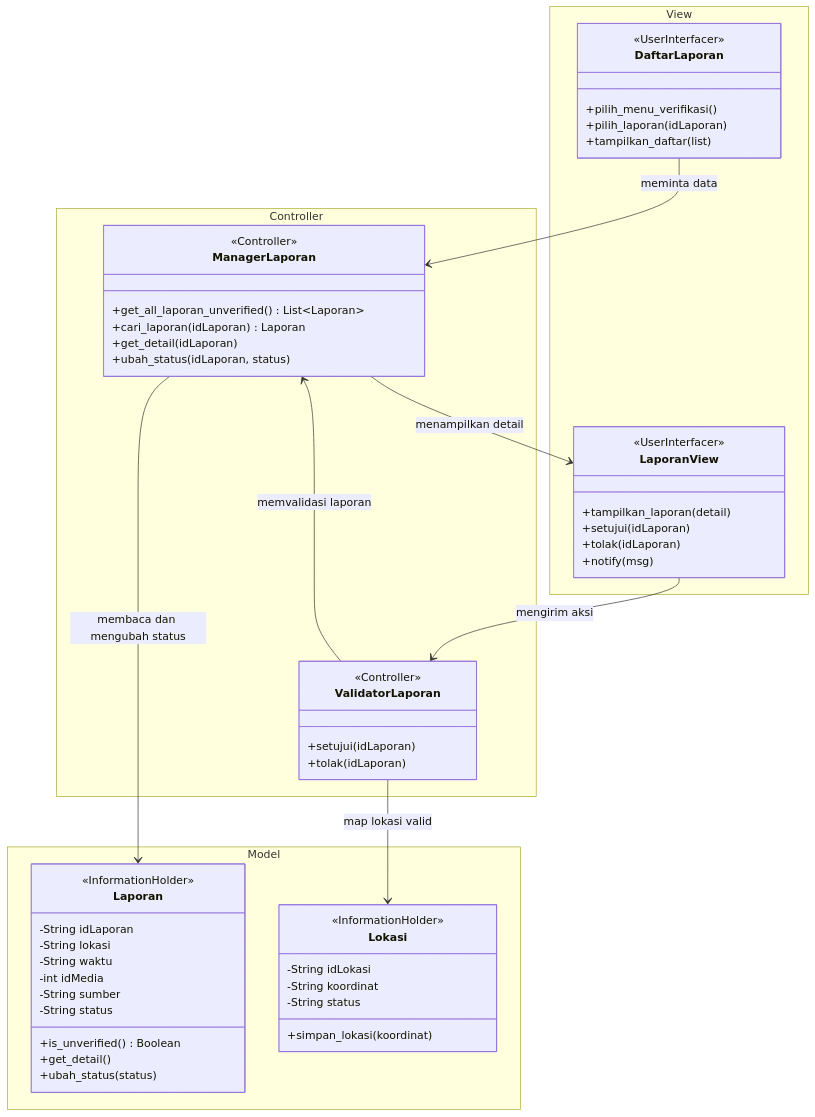
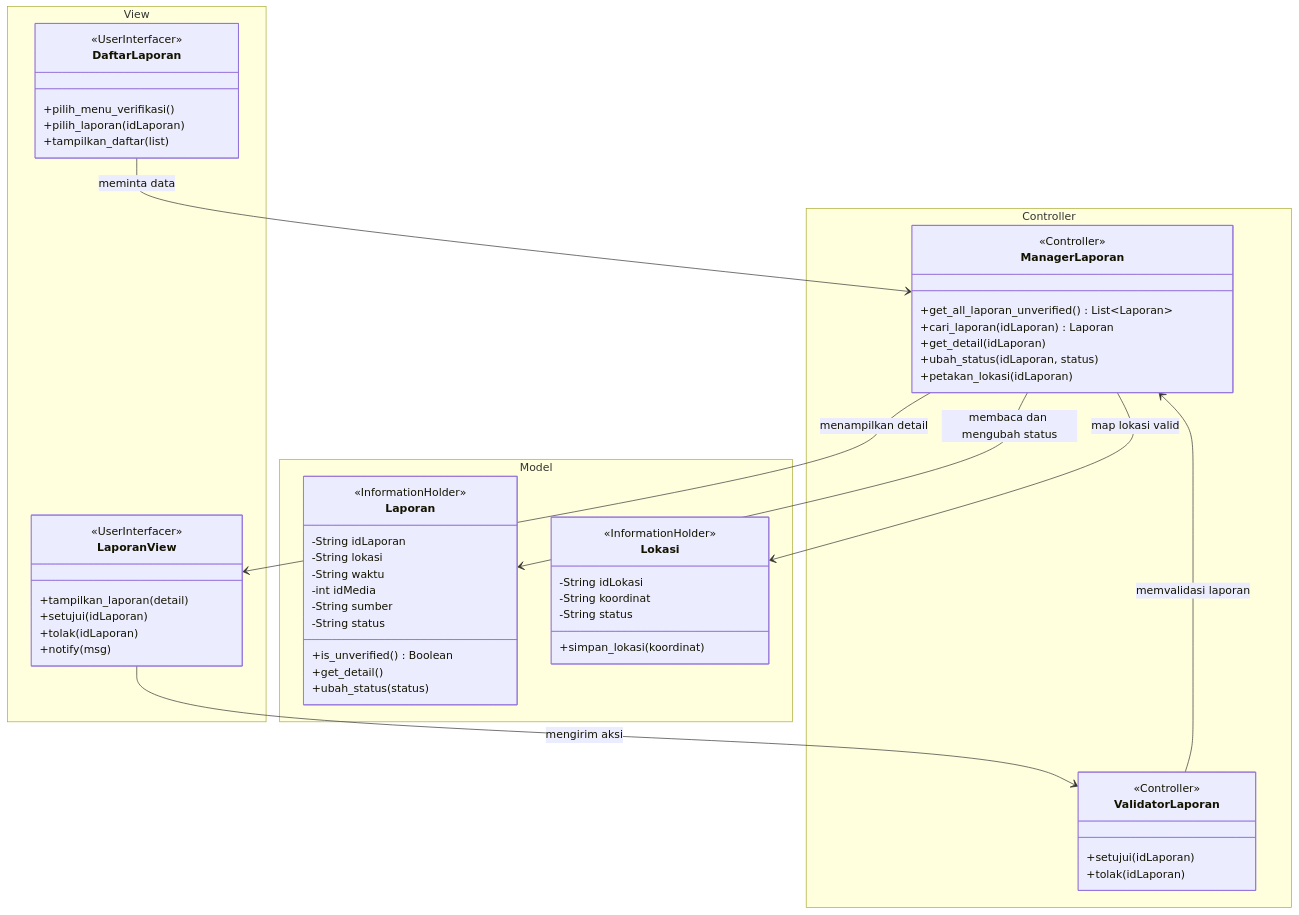
Before and after one commit to star-scripter/IF2150-RPL-K03-G02: diagram 12 of 29 in docs/M8/K03_G02_DPPL2.md, drawn with Mermaid. The commit also changed other lines of this file, not shown here.

Commit message:
fix: pemetaan lokasi pindah ke managerlaporan

````diff
--- a/docs/M8/K03_G02_DPPL2.md
+++ b/docs/M8/K03_G02_DPPL2.md
@@ -720,62 +729,63 @@
 ```mermaid
 classDiagram
     namespace View {
         class DaftarLaporan {
             <<UserInterfacer>>
             +pilih_menu_verifikasi()
             +pilih_laporan(idLaporan)
             +tampilkan_daftar(list)
         }
         class LaporanView {
             <<UserInterfacer>>
             +tampilkan_laporan(detail)
             +setujui(idLaporan)
             +tolak(idLaporan)
             +notify(msg)
         }
     }
     
     namespace Controller {
         class ValidatorLaporan {
             <<Controller>>
             +setujui(idLaporan)
             +tolak(idLaporan)
         }
         class ManagerLaporan {
             <<Controller>>
             +get_all_laporan_unverified() List~Laporan~
             +cari_laporan(idLaporan) Laporan
             +get_detail(idLaporan)
             +ubah_status(idLaporan, status)
+            +petakan_lokasi(idLaporan)
         }
     }
     
     namespace Model {
         class Laporan {
             <<InformationHolder>>
             -String idLaporan
             -String lokasi
             -String waktu
             -int idMedia
             -String sumber
             -String status
             +is_unverified() Boolean
             +get_detail()
             +ubah_status(status)
         }
         class Lokasi {
             <<InformationHolder>>
             -String idLokasi
             -String koordinat
             -String status
             +simpan_lokasi(koordinat)
         }
     }
 
     DaftarLaporan --> ManagerLaporan : meminta data
     LaporanView --> ValidatorLaporan : mengirim aksi
     ValidatorLaporan --> ManagerLaporan : memvalidasi laporan
-    ValidatorLaporan --> Lokasi : map lokasi valid
+    ManagerLaporan --> Lokasi : map lokasi valid
     ManagerLaporan --> Laporan : membaca dan mengubah status
     ManagerLaporan --> LaporanView : menampilkan detail
 ```
````
